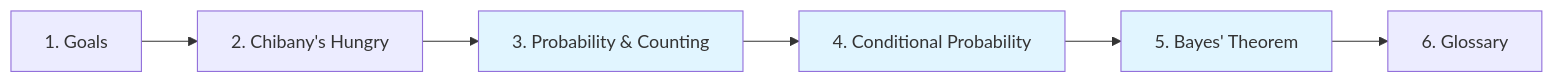
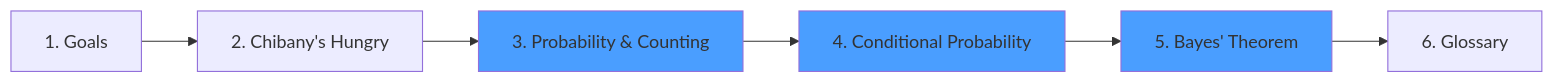
Before and after one commit to josephausterweil/probintro: the diagram in content/intro/_index.md, drawn with Mermaid. The commit also changed 32 other files, not shown here.

First line of the commit message:
fix: improve learning path diagram colors for better legibility

````diff
--- a/content/intro/_index.md
+++ b/content/intro/_index.md
@@ -34,14 +34,14 @@
 ```mermaid
 graph LR
     A[1. Goals] --> B[2. Chibany's Hungry]
     B --> C[3. Probability & Counting]
     C --> D[4. Conditional Probability]
     D --> E[5. Bayes' Theorem]
     E --> F[6. Glossary]
 
-    style C fill:#e1f5ff
-    style D fill:#e1f5ff
-    style E fill:#e1f5ff
+    style C fill:#4a9eff
+    style D fill:#4a9eff
+    style E fill:#4a9eff
 
-    classDef foundation fill:#e1f5ff,stroke:#333,stroke-width:2px
+    classDef foundation fill:#4a9eff,stroke:#333,stroke-width:2px,color:#fff
 ```
````
